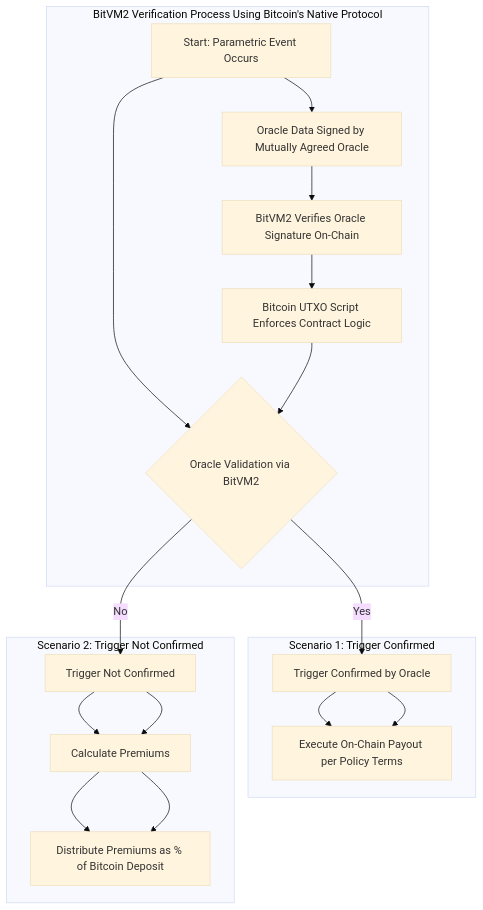
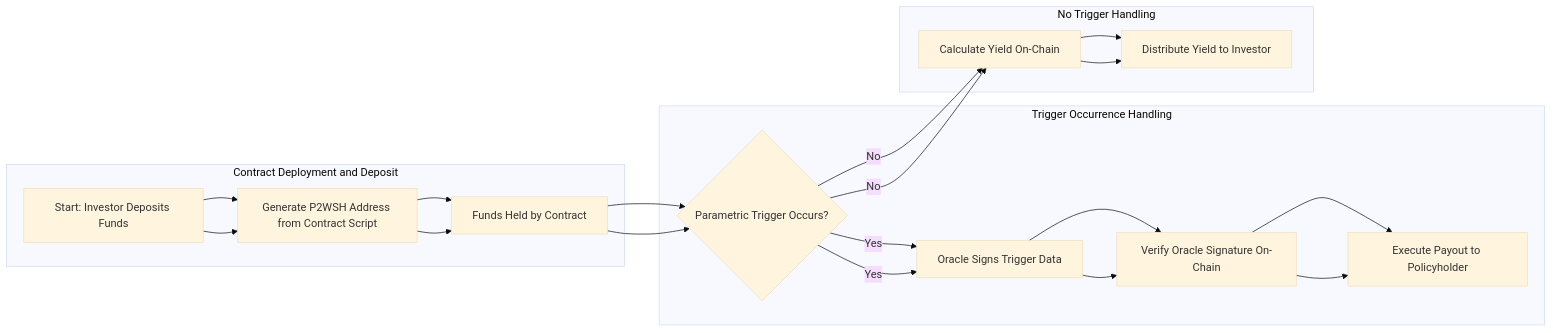
One commit to Sunereum-Labs/SunRe changed the diagram in README.md. Above: the diagram before and after it, drawn with Mermaid (base theme). The commit also changed other lines of this file, not shown here.

````diff
--- a/README.md
+++ b/README.md
@@ -94,24 +60,25 @@
 ```mermaid
-flowchart TD
-    A[Start: Parametric Event Occurs] --> B{Oracle Validation via BitVM2}
-    B -- Yes --> C[Trigger Confirmed by Oracle]
-    C --> D[Execute On-Chain Payout per Policy Terms]
-    B -- No --> E[Trigger Not Confirmed]
-    E --> F[Calculate Premiums]
-    F --> G[Distribute Premiums as % of Bitcoin Deposit]
+flowchart LR
+    A[Start: Investor Deposits Funds] --> B[Generate P2WSH Address from Contract Script]
+    B --> C[Funds Held by Contract]
+    C --> D{Parametric Trigger Occurs?}
+    D -- Yes --> E[Oracle Signs Trigger Data]
+    E --> F[Verify Oracle Signature On-Chain]
+    F --> G[Execute Payout to Policyholder]
+    D -- No --> H[Calculate Yield On-Chain]
+    H --> I[Distribute Yield to Investor]
     
-    subgraph "BitVM2 Verification Process Using Bitcoin's Native Protocol"
-        A --> H[Oracle Data Signed by Mutually Agreed Oracle]
-        H --> I[BitVM2 Verifies Oracle Signature On-Chain]
-        I --> J[Bitcoin UTXO Script Enforces Contract Logic]
-        J --> B
+    subgraph "Contract Deployment and Deposit"
+        A --> B
+        B --> C
     end
     
-    subgraph "Scenario 1: Trigger Confirmed"
+    subgraph "Trigger Occurrence Handling"
         C --> D
+        D -- Yes --> E --> F --> G
     end
     
-    subgraph "Scenario 2: Trigger Not Confirmed"
-        E --> F --> G
+    subgraph "No Trigger Handling"
+        D -- No --> H --> I
     end
 ```
````
